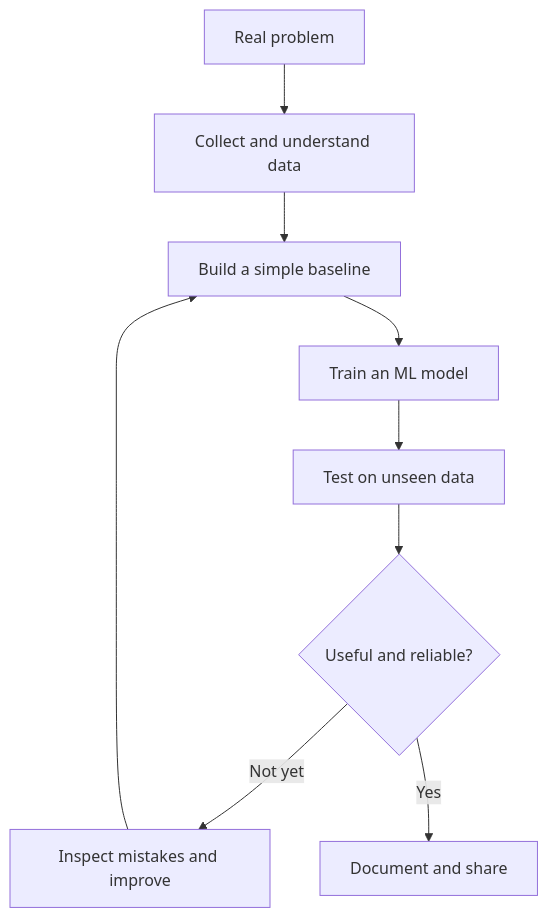
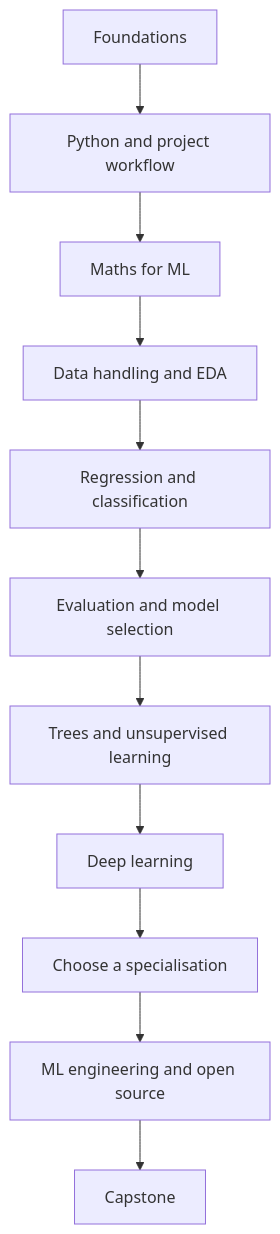
The diagram in ML notes doc/README.md (ADxSD-143/STUDY-docs), drawn with Mermaid before and after one commit. The commit also changed other lines of this file, not shown here.

````diff
--- a/ML notes doc/README.md
+++ b/ML notes doc/README.md
@@ -280,11 +20,13 @@
 ```mermaid
 flowchart TD
-    A[Real problem] --> B[Collect and understand data]
-    B --> C[Build a simple baseline]
-    C --> D[Train an ML model]
-    D --> E[Test on unseen data]
-    E --> F{Useful and reliable?}
-    F -- Not yet --> G[Inspect mistakes and improve]
-    G --> C
-    F -- Yes --> H[Document and share]
+    A[Foundations] --> B[Python and project workflow]
+    B --> C[Maths for ML]
+    C --> D[Data handling and EDA]
+    D --> E[Regression and classification]
+    E --> F[Evaluation and model selection]
+    F --> G[Trees and unsupervised learning]
+    G --> H[Deep learning]
+    H --> I[Choose a specialisation]
+    I --> J[ML engineering and open source]
+    J --> K[Capstone]
 ```
````
